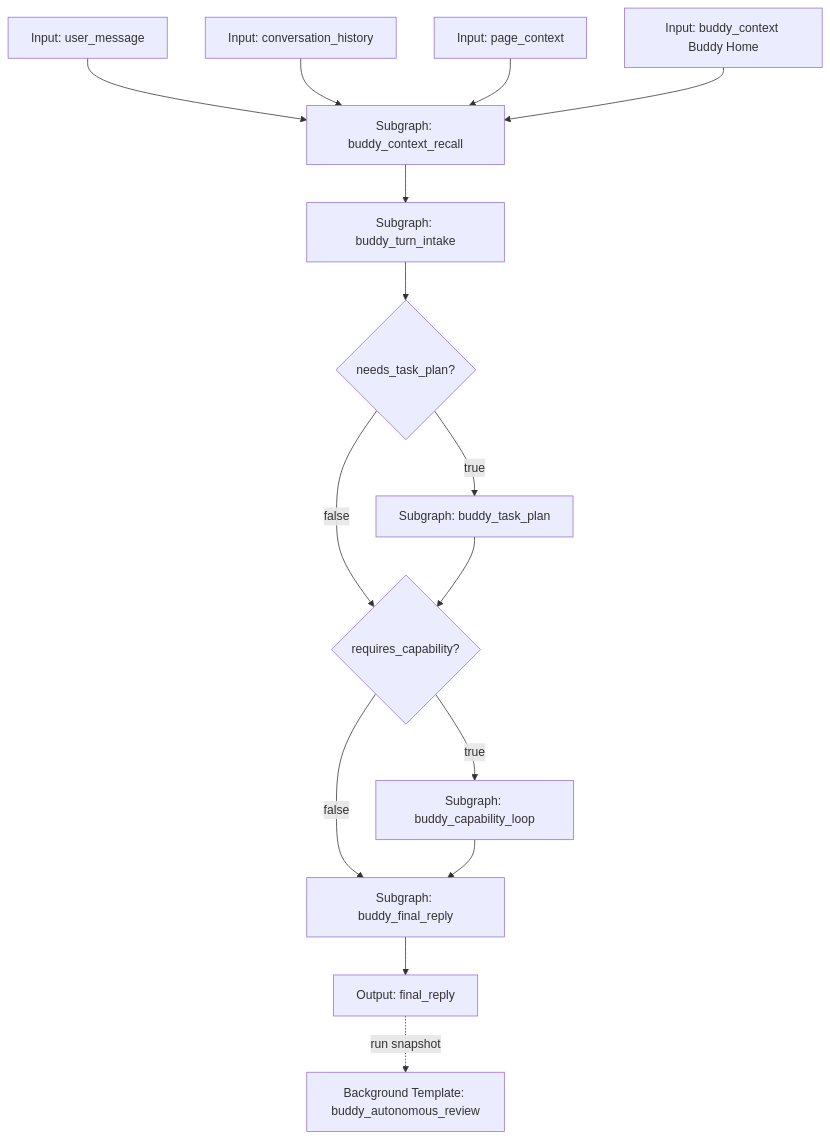
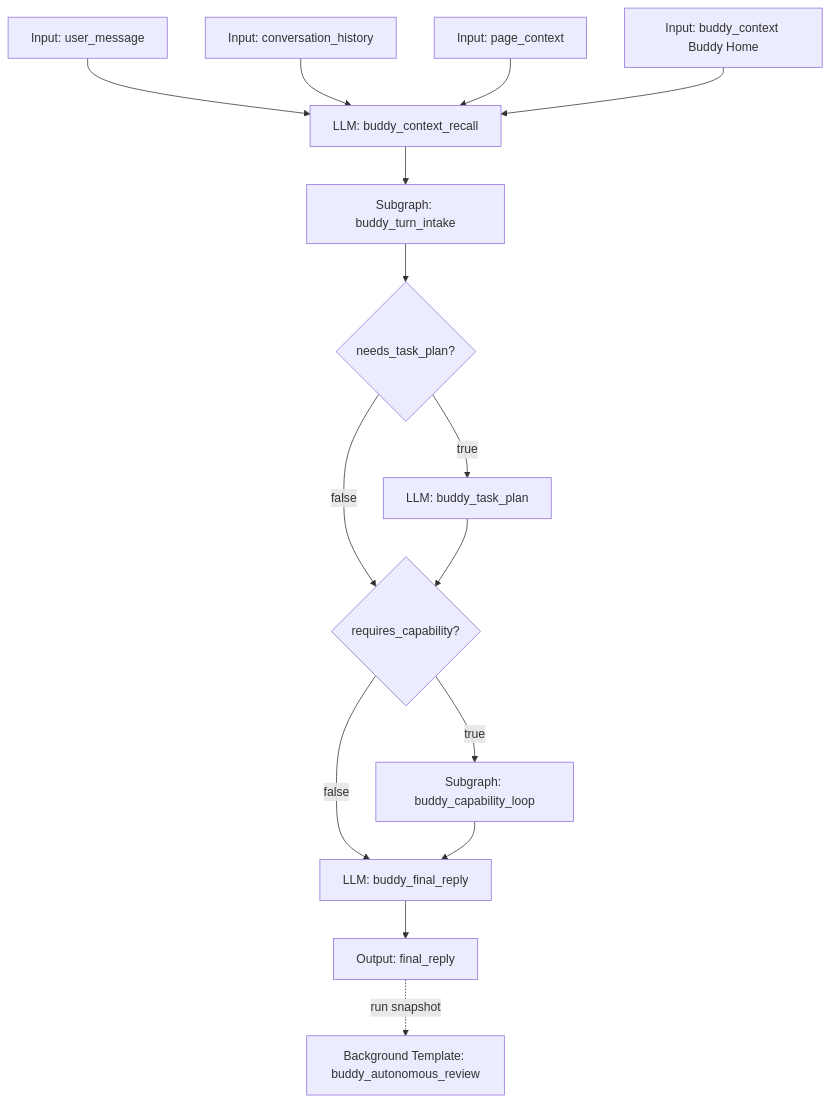
The first of 7 diagrams in docs/future/buddy-autonomous-agent-roadmap.md (OoABYSSoO/TooGraph), drawn with Mermaid before and after one commit. The commit also changed other lines of this file and 13 other files, not shown here.

Commit message:
重建伙伴能力循环子图

````diff
--- a/docs/future/buddy-autonomous-agent-roadmap.md
+++ b/docs/future/buddy-autonomous-agent-roadmap.md
@@ -94,18 +94,18 @@
 ```mermaid
 flowchart TD
-  U[Input: user_message] --> R[Subgraph: buddy_context_recall]
+  U[Input: user_message] --> R[LLM: buddy_context_recall]
   H[Input: conversation_history] --> R
   P[Input: page_context] --> R
   B[Input: buddy_context Buddy Home] --> R
 
   R --> I[Subgraph: buddy_turn_intake]
   I --> T{needs_task_plan?}
-  T -- true --> P0[Subgraph: buddy_task_plan]
+  T -- true --> P0[LLM: buddy_task_plan]
   T -- false --> C{requires_capability?}
   P0 --> C
-  C -- false --> F[Subgraph: buddy_final_reply]
+  C -- false --> F[LLM: buddy_final_reply]
   C -- true --> L[Subgraph: buddy_capability_loop]
   L --> F
   F --> O[Output: final_reply]
   O -. run snapshot .-> BG[Background Template: buddy_autonomous_review]
 ```
````
